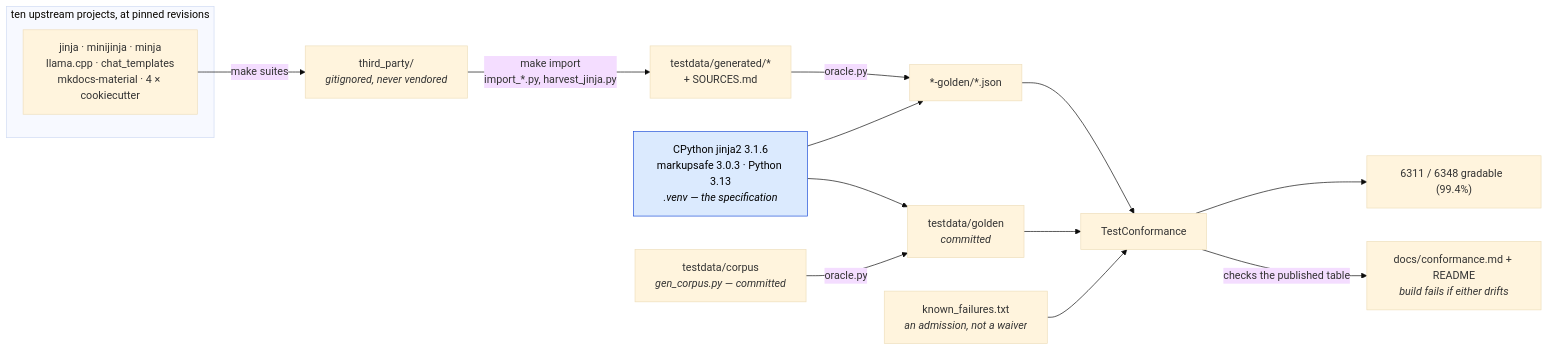
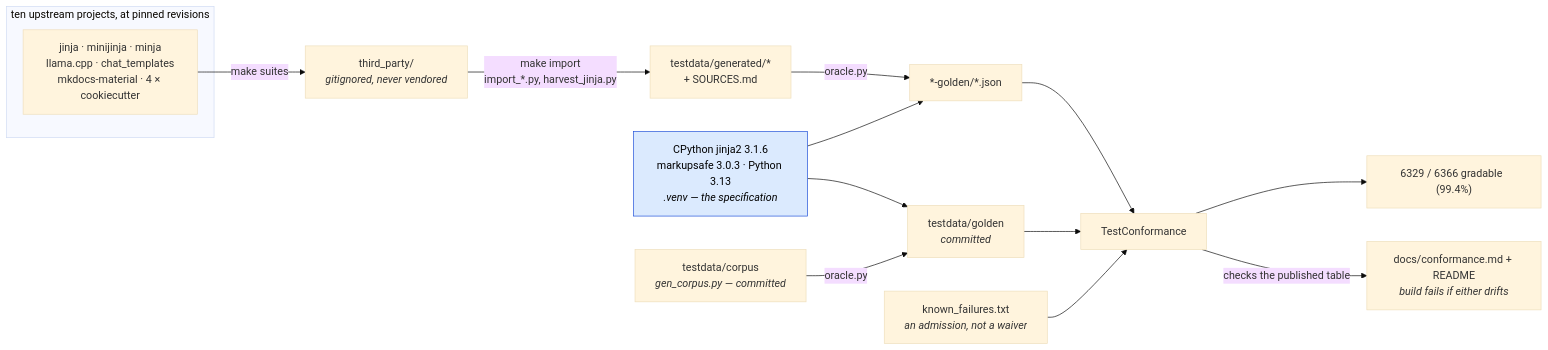
The first of 2 diagrams in docs/conformance.md (mgilbir/gojja2), drawn with Mermaid (base theme) before and after one commit. The commit also changed other lines of this file and 56 other files, not shown here.

````diff
--- a/docs/conformance.md
+++ b/docs/conformance.md
@@ -17,24 +17,24 @@
 ```mermaid
 flowchart LR
     subgraph up["ten upstream projects, at pinned revisions"]
         U1["jinja · minijinja · minja<br/>llama.cpp · chat_templates<br/>mkdocs-material · 4 × cookiecutter"]
     end
     U1 -->|"make suites"| TP["third_party/<br/><i>gitignored, never vendored</i>"]
     TP -->|"make import<br/>import_*.py, harvest_jinja.py"| GEN["testdata/generated/*<br/>+ SOURCES.md"]
 
     ORA["CPython jinja2 3.1.6<br/>markupsafe 3.0.3 · Python 3.13<br/><i>.venv — the specification</i>"]
     GEN -->|"oracle.py"| G2["*-golden/*.json"]
     ORA --> G2
 
     OWN["testdata/corpus<br/><i>gen_corpus.py — committed</i>"] -->|"oracle.py"| G1["testdata/golden<br/><i>committed</i>"]
     ORA --> G1
 
     G1 --> TC["TestConformance"]
     G2 --> TC
     KF["known_failures.txt<br/><i>an admission, not a waiver</i>"] --> TC
-    TC --> RATE["6311 / 6348 gradable  (99.4%)"]
+    TC --> RATE["6329 / 6366 gradable  (99.4%)"]
     TC -->|"checks the published table"| RM["docs/conformance.md + README<br/><i>build fails if either drifts</i>"]
 
     classDef spec fill:#dbeafe,stroke:#1d4ed8,color:#000
     class ORA spec
 ```
````
